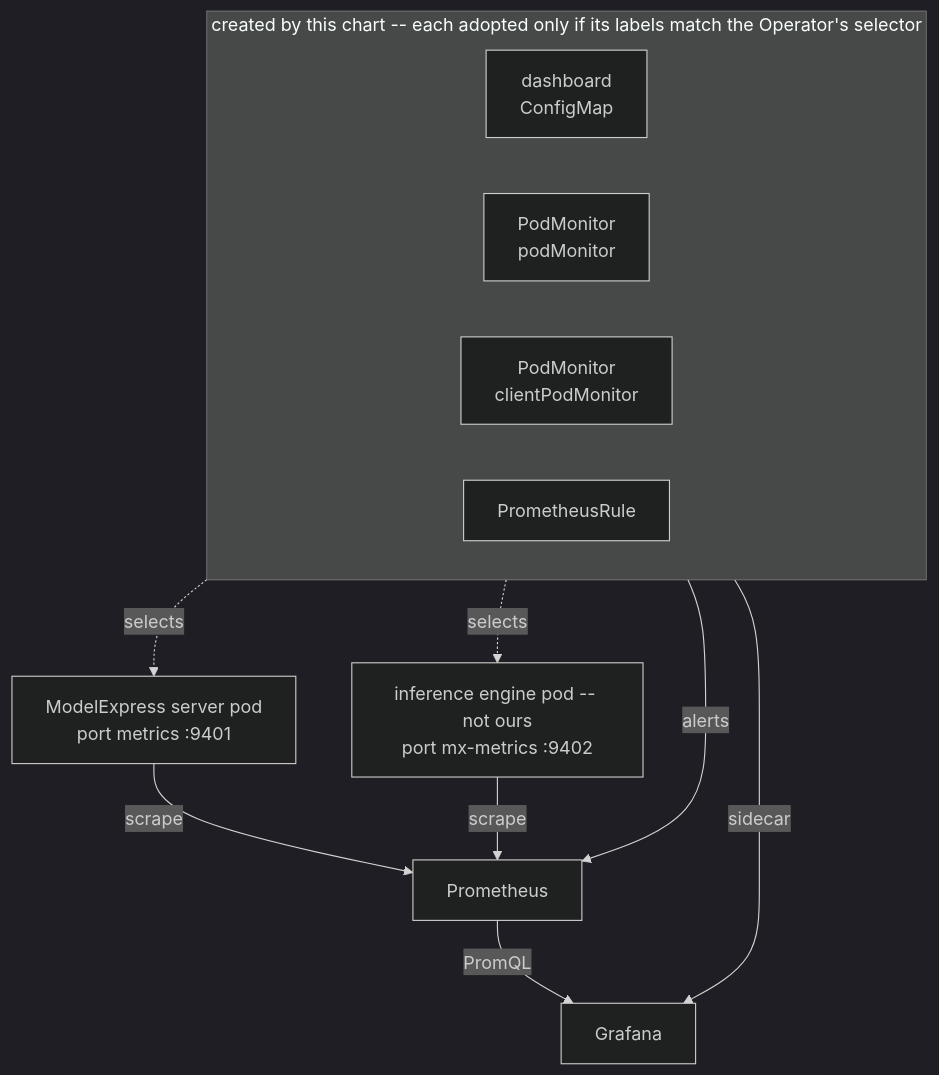
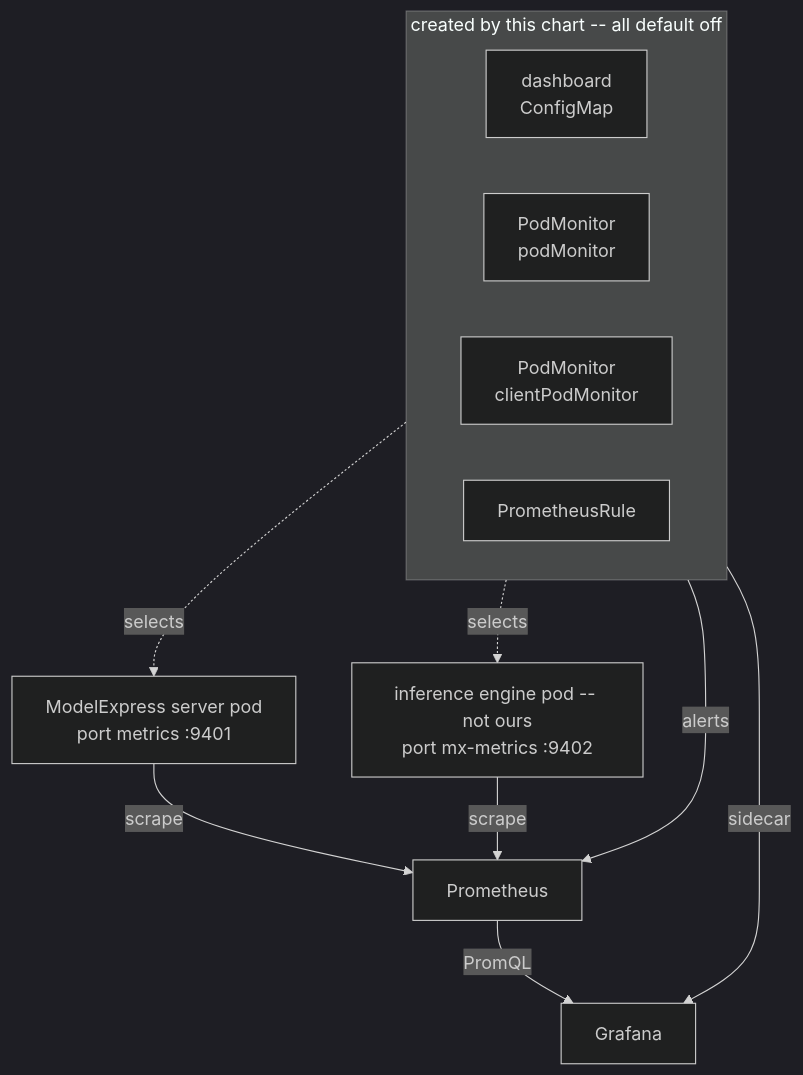
The diagram in docs/METRICS.md (ai-dynamo/modelexpress), drawn with Mermaid (dark theme) before and after one commit. The commit also changed other lines of this file, not shown here.

````diff
--- a/docs/METRICS.md
+++ b/docs/METRICS.md
@@ -83,21 +83,21 @@
 ```mermaid
 flowchart TB
-  subgraph chart["created by this chart -- each adopted only if its labels match the Operator's selector"]
+  subgraph chart["created by this chart -- all default off"]
     direction LR
     cm["dashboard<br/>ConfigMap"]
     pm["PodMonitor<br/>podMonitor"]
     cpm["PodMonitor<br/>clientPodMonitor"]
     rule["PrometheusRule"]
   end
   sp["ModelExpress server pod<br/>port metrics :9401"]
   cp["inference engine pod -- not ours<br/>port mx-metrics :9402"]
   prom["Prometheus"]
   graf["Grafana"]
   pm -. selects .-> sp
   cpm -. selects .-> cp
   sp -- scrape --> prom
   cp -- scrape --> prom
   rule -- alerts --> prom
   cm -- sidecar --> graf
   prom -- PromQL --> graf
 ```
````
